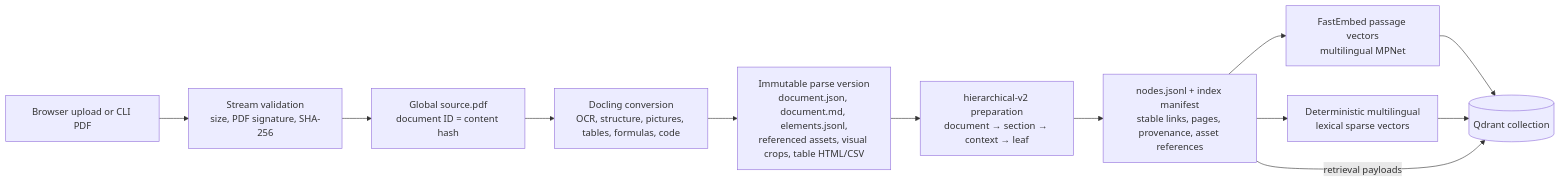
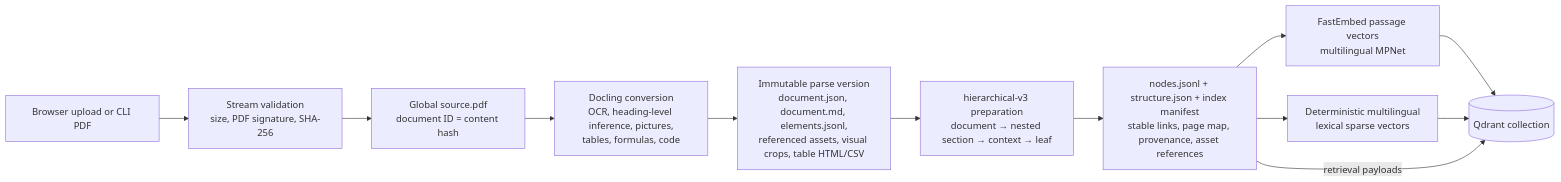
Before and after one commit to ParrotG/OpenTalk: the second of 3 diagrams in README.md, drawn with Mermaid. The commit also changed other lines of this file and 13 other files, not shown here.

````diff
--- a/README.md
+++ b/README.md
@@ -161,14 +165,14 @@
 ```mermaid
 flowchart LR
     UP["Browser upload or CLI PDF"] --> VALIDATE["Stream validation<br/>size, PDF signature, SHA-256"]
     VALIDATE --> SOURCE["Global source.pdf<br/>document ID = content hash"]
-    SOURCE --> DOCLING["Docling conversion<br/>OCR, structure, pictures, tables, formulas, code"]
+    SOURCE --> DOCLING["Docling conversion<br/>OCR, heading-level inference, pictures,<br/>tables, formulas, code"]
     DOCLING --> PARSE["Immutable parse version<br/>document.json, document.md, elements.jsonl,<br/>referenced assets, visual crops, table HTML/CSV"]
-    PARSE --> PREP["hierarchical-v2 preparation<br/>document → section → context → leaf"]
-    PREP --> NODES["nodes.jsonl + index manifest<br/>stable links, pages, provenance, asset references"]
+    PARSE --> PREP["hierarchical-v3 preparation<br/>document → nested section → context → leaf"]
+    PREP --> NODES["nodes.jsonl + structure.json + index manifest<br/>stable links, page map, provenance, asset references"]
     NODES --> DENSE["FastEmbed passage vectors<br/>multilingual MPNet"]
     NODES --> SPARSE["Deterministic multilingual<br/>lexical sparse vectors"]
     DENSE --> QDRANT[("Qdrant collection")]
     SPARSE --> QDRANT
     NODES -->|retrieval payloads| QDRANT
 ```
````
